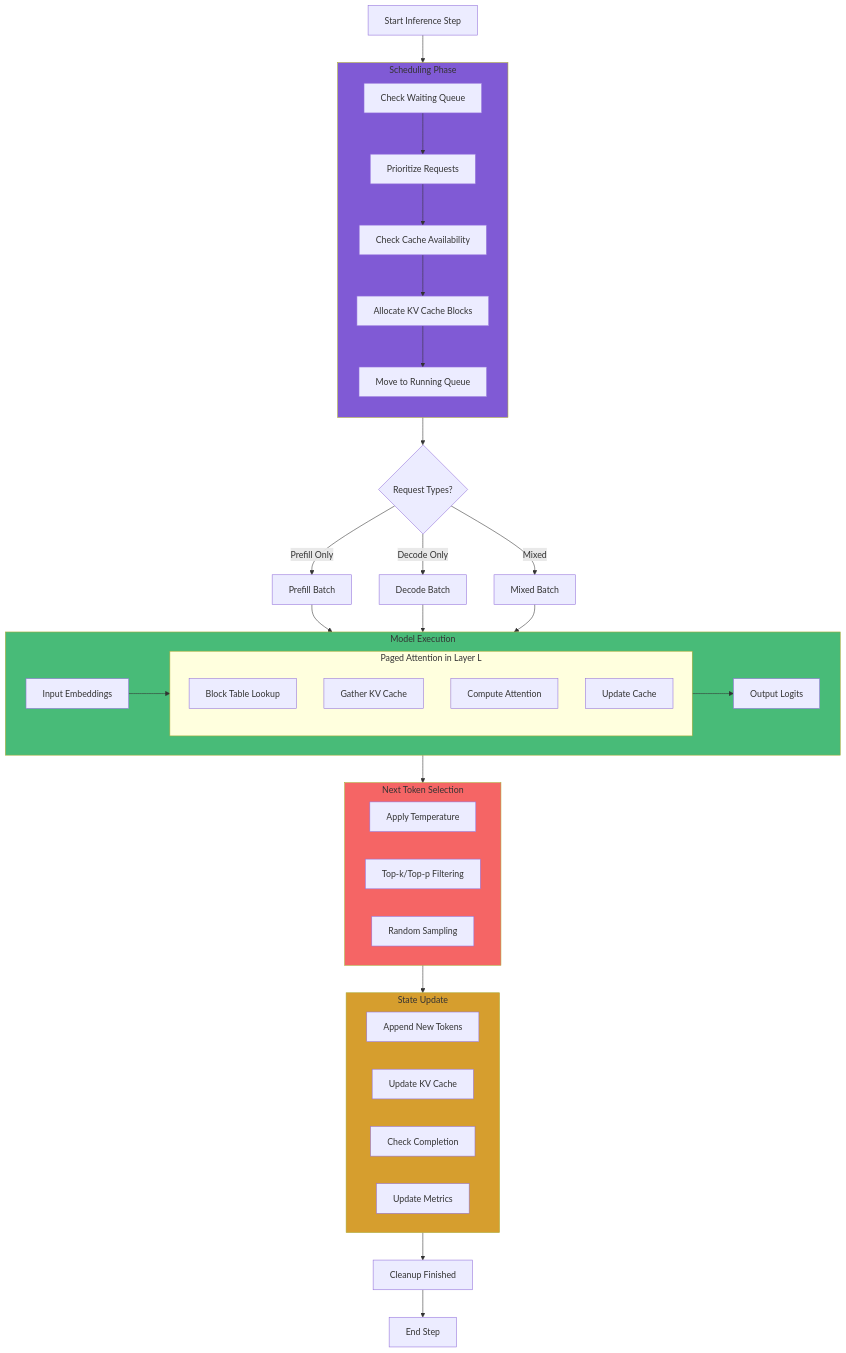
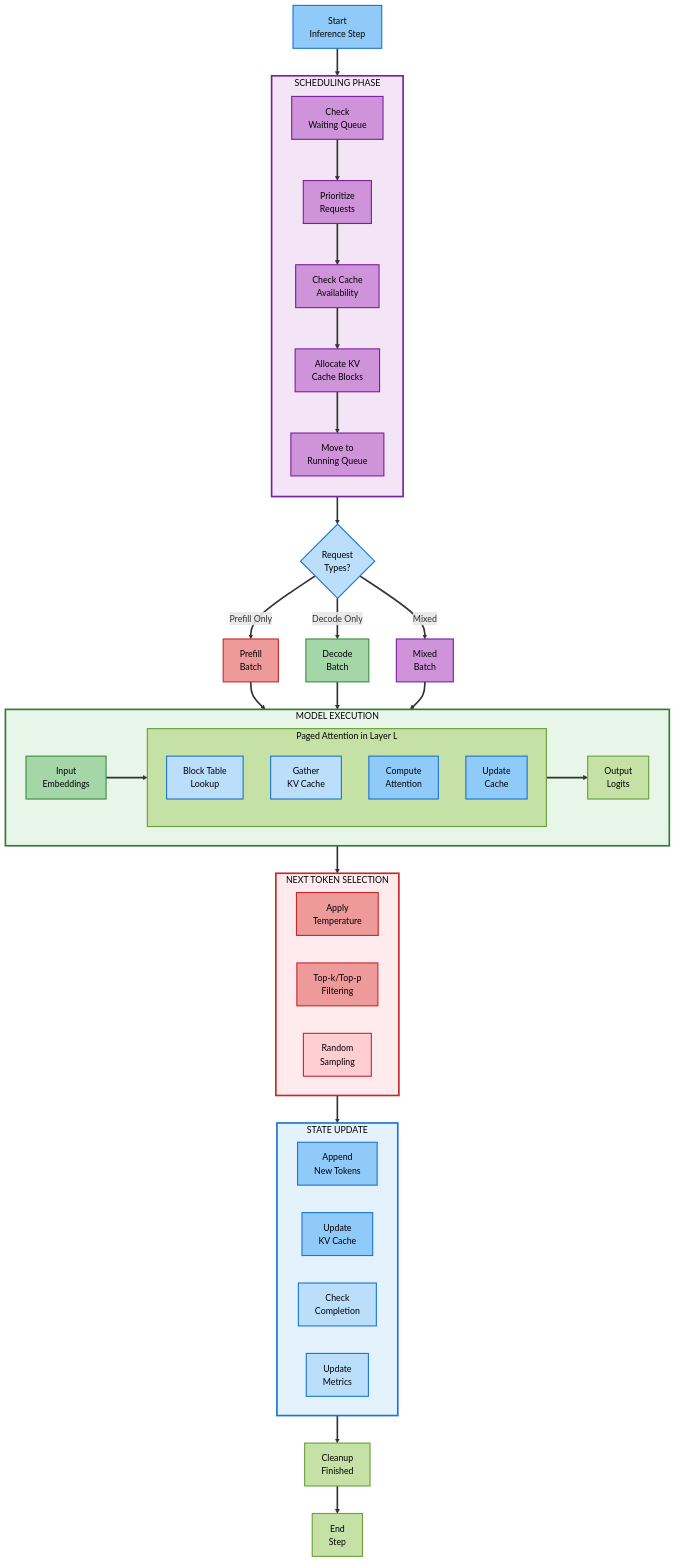
Before and after one commit to Shahriarin2garden/vllm_from_scratch: the eighth of 9 diagrams in lab0.1/README.md, drawn with Mermaid. The commit also changed other lines of this file and 2 other files, not shown here.

````diff
--- a/lab0.1/README.md
+++ b/lab0.1/README.md
@@ -641,61 +827,89 @@
 ```mermaid
 flowchart TD
-    Start[Start Inference Step] --> Schedule{Scheduler};
+    Start["Start<br/>Inference Step"] ==> Schedule{Scheduler};
 
-    subgraph Schedule [Scheduling Phase]
+    subgraph Schedule [" SCHEDULING PHASE "]
         direction TB
-        S1[Check Waiting Queue] --> S2[Prioritize Requests];
-        S2 --> S3[Check Cache Availability];
-        S3 --> S4[Allocate KV Cache Blocks];
-        S4 --> S5[Move to Running Queue];
+        S1["Check<br/>Waiting Queue"] --> S2["Prioritize<br/>Requests"];
+        S2 --> S3["Check Cache<br/>Availability"];
+        S3 --> S4["Allocate KV<br/>Cache Blocks"];
+        S4 --> S5["Move to<br/>Running Queue"];
     end
 
-    Schedule --> Batch{Request Types?};
+    Schedule ==> Batch{"Request<br/>Types?"};
 
-    Batch -->|Prefill Only| Prefill[Prefill Batch];
-    Batch -->|Decode Only| Decode[Decode Batch];
-    Batch -->|Mixed| Mixed[Mixed Batch];
+    Batch ==>|"Prefill Only"| Prefill["Prefill<br/>Batch"];
+    Batch ==>|"Decode Only"| Decode["Decode<br/>Batch"];
+    Batch ==>|"Mixed"| Mixed["Mixed<br/>Batch"];
 
-    Prefill --> Model[Model Forward Pass];
-    Decode --> Model;
-    Mixed --> Model;
+    Prefill ==> Model["Model Forward Pass"];
+    Decode ==> Model;
+    Mixed ==> Model;
 
-    subgraph Model [Model Execution]
-        M1[Input Embeddings] --> M2[Transformer Layers];
+    subgraph Model [" MODEL EXECUTION "]
+        M1["Input<br/>Embeddings"] --> M2["Transformer<br/>Layers"];
 
-        subgraph M2 [Paged Attention in Layer L]
-            M3[Block Table Lookup];
-            M4[Gather KV Cache];
-            M5[Compute Attention];
-            M6[Update Cache];
+        subgraph M2 [" Paged Attention in Layer L "]
+            M3["Block Table<br/>Lookup"];
+            M4["Gather<br/>KV Cache"];
+            M5["Compute<br/>Attention"];
+            M6["Update<br/>Cache"];
         end
 
-        M2 --> M7[Output Logits];
+        M2 --> M7["Output<br/>Logits"];
     end
 
-    Model --> Sample[Sampling];
+    Model ==> Sample[Sampling];
 
-    subgraph Sample [Next Token Selection]
-        S6[Apply Temperature];
-        S7[Top-k/Top-p Filtering];
-        S8[Random Sampling];
+    subgraph Sample [" NEXT TOKEN SELECTION "]
+        S6["Apply<br/>Temperature"];
+        S7["Top-k/Top-p<br/>Filtering"];
+        S8["Random<br/>Sampling"];
     end
 
-    Sample --> Update[Update Requests];
+    Sample ==> Update["Update Requests"];
 
-    subgraph Update [State Update]
-        U1[Append New Tokens];
-        U2[Update KV Cache];
-        U3[Check Completion];
-        U4[Update Metrics];
+    subgraph Update [" STATE UPDATE "]
+        U1["Append<br/>New Tokens"];
+        U2["Update<br/>KV Cache"];
+        U3["Check<br/>Completion"];
+        U4["Update<br/>Metrics"];
     end
 
-    Update --> Cleanup[Cleanup Finished];
-    Cleanup --> End[End Step];
+    Update ==> Cleanup["Cleanup<br/>Finished"];
+    Cleanup ==> End["End<br/>Step"];
 
-    style Schedule fill:#805ad5
-    style Model fill:#48bb78
-    style Sample fill:#f56565
-    style Update fill:#d69e2e
+    linkStyle default stroke:#333,stroke-width:3px
+
+    style Start fill:#90caf9,stroke:#1976d2,stroke-width:2px,color:#000
+    style End fill:#c5e1a5,stroke:#689f38,stroke-width:2px,color:#000
+    style Schedule fill:#f3e5f5,stroke:#7b1fa2,stroke-width:3px,color:#000
+    style Model fill:#e8f5e9,stroke:#2e7d32,stroke-width:3px,color:#000
+    style Sample fill:#ffebee,stroke:#c62828,stroke-width:3px,color:#000
+    style Update fill:#e3f2fd,stroke:#1976d2,stroke-width:3px,color:#000
+    style S1 fill:#ce93d8,stroke:#7b1fa2,stroke-width:2px,color:#000
+    style S2 fill:#ce93d8,stroke:#7b1fa2,stroke-width:2px,color:#000
+    style S3 fill:#ce93d8,stroke:#7b1fa2,stroke-width:2px,color:#000
+    style S4 fill:#ce93d8,stroke:#7b1fa2,stroke-width:2px,color:#000
+    style S5 fill:#ce93d8,stroke:#7b1fa2,stroke-width:2px,color:#000
+    style Batch fill:#bbdefb,stroke:#1976d2,stroke-width:2px,color:#000
+    style Prefill fill:#ef9a9a,stroke:#c62828,stroke-width:2px,color:#000
+    style Decode fill:#a5d6a7,stroke:#388e3c,stroke-width:2px,color:#000
+    style Mixed fill:#ce93d8,stroke:#7b1fa2,stroke-width:2px,color:#000
+    style M1 fill:#a5d6a7,stroke:#388e3c,stroke-width:2px,color:#000
+    style M2 fill:#c5e1a5,stroke:#689f38,stroke-width:2px,color:#000
+    style M3 fill:#bbdefb,stroke:#1976d2,stroke-width:2px,color:#000
+    style M4 fill:#bbdefb,stroke:#1976d2,stroke-width:2px,color:#000
+    style M5 fill:#90caf9,stroke:#1976d2,stroke-width:2px,color:#000
+    style M6 fill:#90caf9,stroke:#1976d2,stroke-width:2px,color:#000
+    style M7 fill:#c5e1a5,stroke:#689f38,stroke-width:2px,color:#000
+    style S6 fill:#ef9a9a,stroke:#c62828,stroke-width:2px,color:#000
+    style S7 fill:#ef9a9a,stroke:#c62828,stroke-width:2px,color:#000
+    style S8 fill:#ffcdd2,stroke:#c62828,stroke-width:2px,color:#000
+    style U1 fill:#90caf9,stroke:#1976d2,stroke-width:2px,color:#000
+    style U2 fill:#90caf9,stroke:#1976d2,stroke-width:2px,color:#000
+    style U3 fill:#bbdefb,stroke:#1976d2,stroke-width:2px,color:#000
+    style U4 fill:#bbdefb,stroke:#1976d2,stroke-width:2px,color:#000
+    style Cleanup fill:#c5e1a5,stroke:#689f38,stroke-width:2px,color:#000
 
 ```
````
